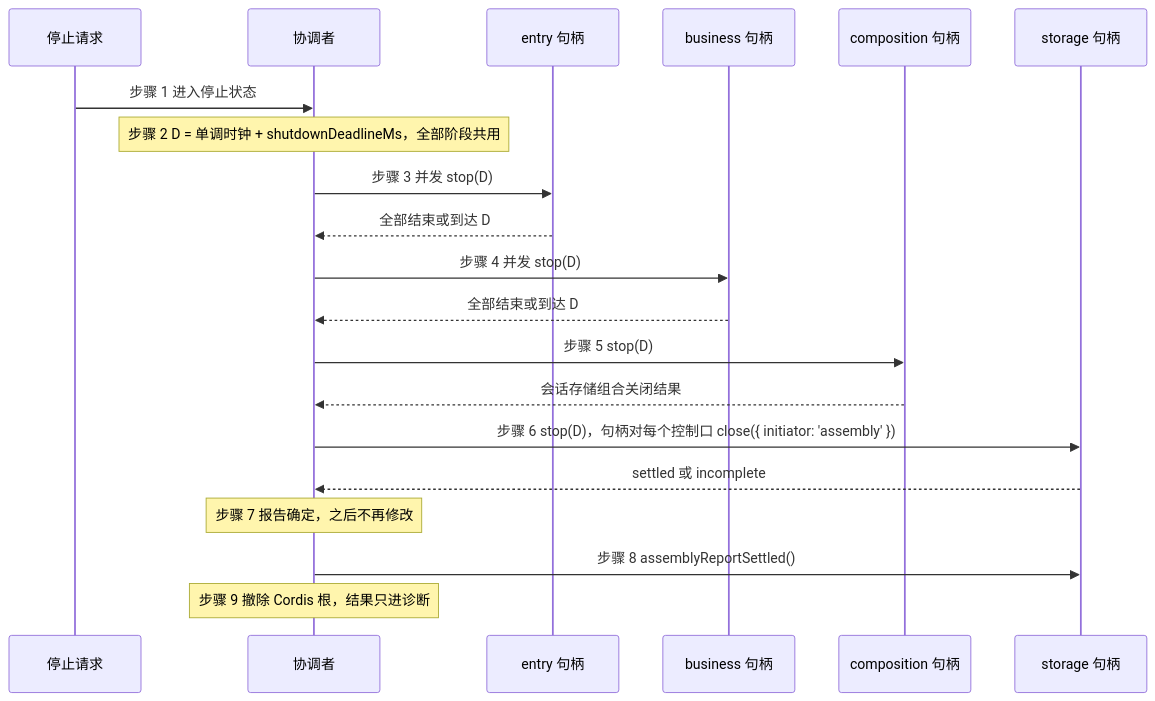
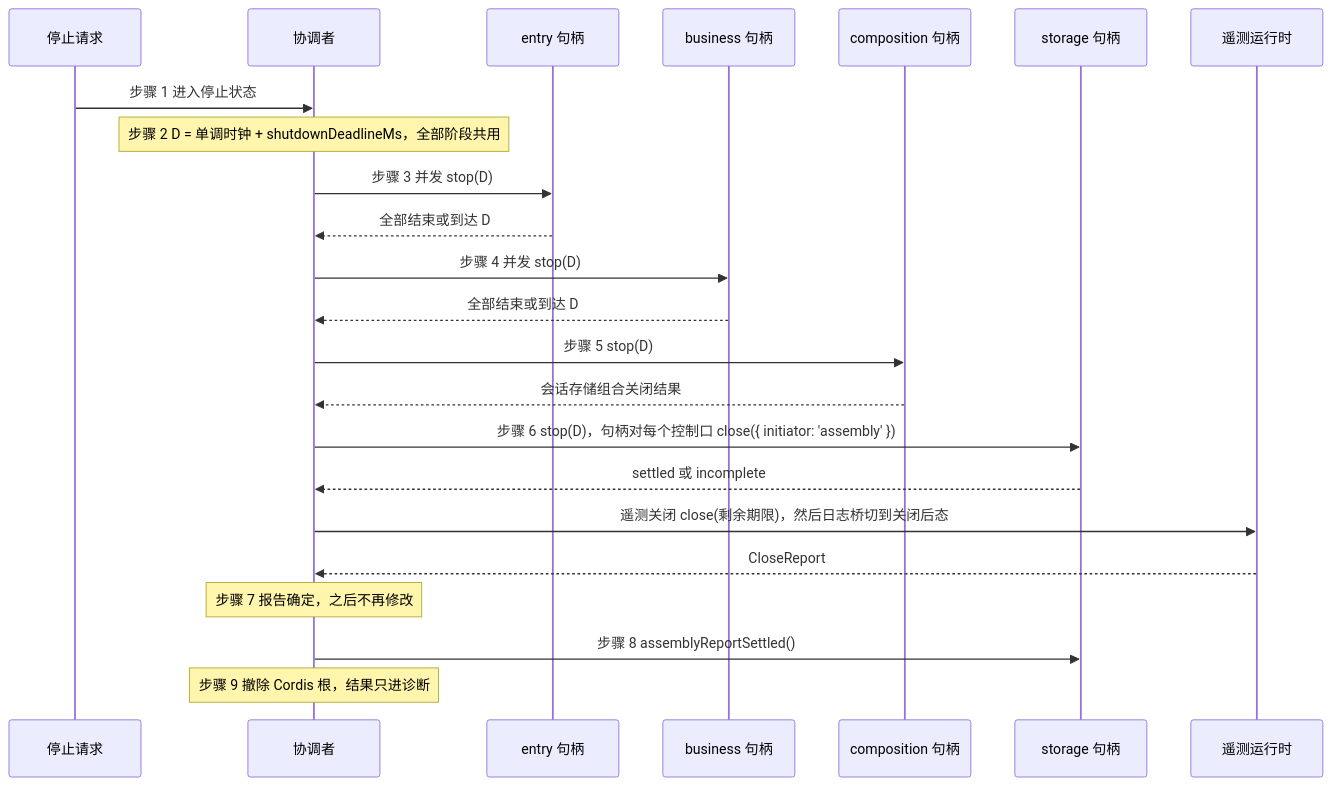
The second of 2 diagrams in apps/harness-server/SPEC.md (nemori-ai/omne-harness-lite), drawn with Mermaid before and after one commit. The commit also changed other lines of this file and 340 other files, not shown here.

````diff
--- a/apps/harness-server/SPEC.md
+++ b/apps/harness-server/SPEC.md
@@ -359,22 +363,25 @@
 ```mermaid
 sequenceDiagram
   participant R as 停止请求
   participant C as 协调者
   participant E as entry 句柄
   participant B as business 句柄
   participant P as composition 句柄
   participant S as storage 句柄
+  participant T as 遥测运行时
   R->>C: 步骤 1 进入停止状态
   Note over C: 步骤 2 D = 单调时钟 + shutdownDeadlineMs，全部阶段共用
   C->>E: 步骤 3 并发 stop(D)
   E-->>C: 全部结束或到达 D
   C->>B: 步骤 4 并发 stop(D)
   B-->>C: 全部结束或到达 D
   C->>P: 步骤 5 stop(D)
   P-->>C: 会话存储组合关闭结果
   C->>S: 步骤 6 stop(D)，句柄对每个控制口 close({ initiator: 'assembly' })
   S-->>C: settled 或 incomplete
+  C->>T: 遥测关闭 close(剩余期限)，然后日志桥切到关闭后态
+  T-->>C: CloseReport
   Note over C: 步骤 7 报告确定，之后不再修改
   C->>S: 步骤 8 assemblyReportSettled()
   Note over C: 步骤 9 撤除 Cordis 根，结果只进诊断
 ```
````
